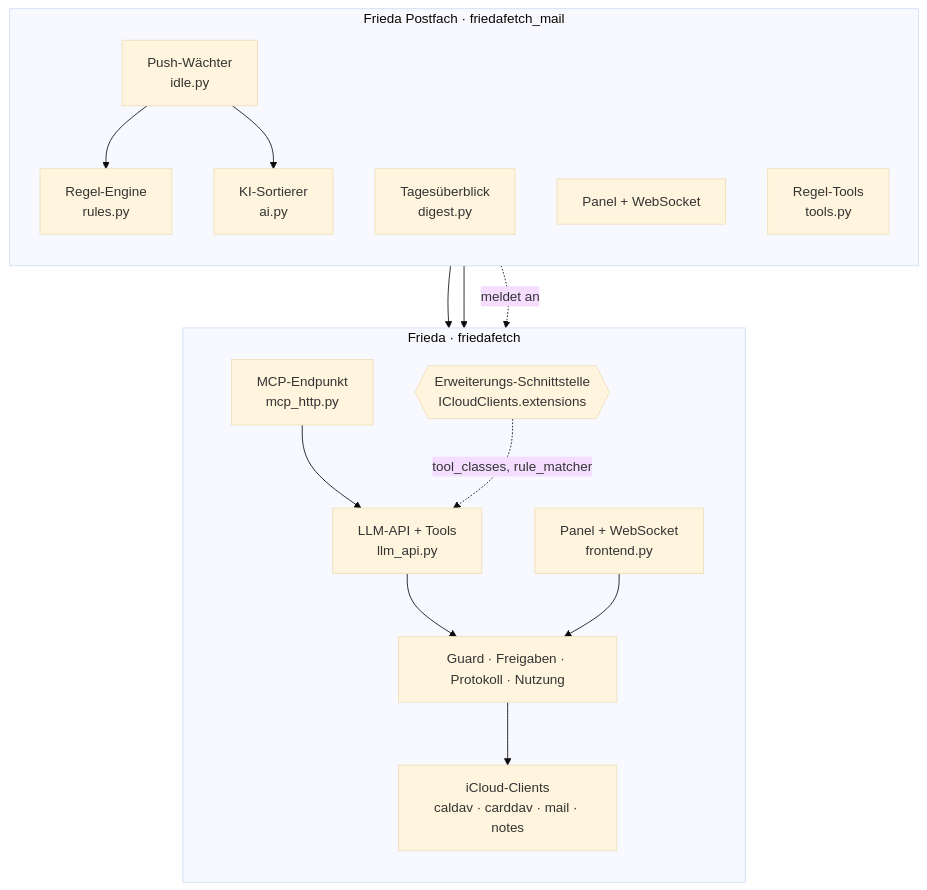
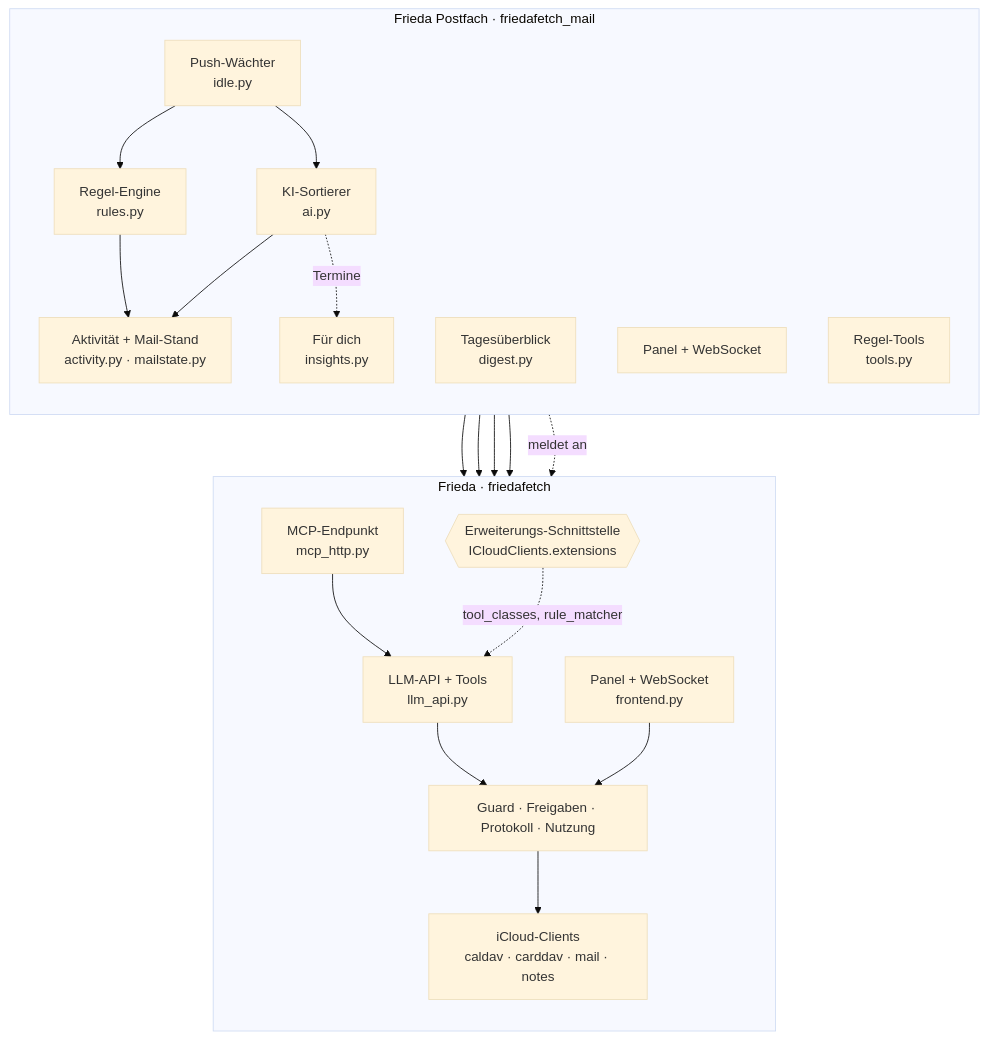
The second of 7 diagrams in docs/architecture.de.md (nadeo360/friedafetch), drawn with Mermaid (base theme) before and after one commit. The commit also changed other lines of this file and 1 other file, not shown here.

````diff
--- a/docs/architecture.de.md
+++ b/docs/architecture.de.md
@@ -143,29 +150,36 @@
 ```mermaid
 flowchart TB
   subgraph F[Frieda · friedafetch]
     direction TB
     api[LLM-API + Tools<br/>llm_api.py]
     mcp[MCP-Endpunkt<br/>mcp_http.py]
     clients[iCloud-Clients<br/>caldav · carddav · mail · notes]
     safety[Guard · Freigaben · Protokoll · Nutzung]
     ui1[Panel + WebSocket<br/>frontend.py]
     ext{{Erweiterungs-Schnittstelle<br/>ICloudClients.extensions}}
   end
   subgraph P[Frieda Postfach · friedafetch_mail]
     direction TB
     rules[Regel-Engine<br/>rules.py]
     idle[Push-Wächter<br/>idle.py]
     ai[KI-Sortierer<br/>ai.py]
+    act[Aktivität + Mail-Stand<br/>activity.py · mailstate.py]
+    fy[Für dich<br/>insights.py]
     digest[Tagesüberblick<br/>digest.py]
     ui2[Panel + WebSocket]
     tools2[Regel-Tools<br/>tools.py]
   end
   mcp --> api --> safety --> clients
   ui1 --> safety
   P -. meldet an .-> ext
   ext -. tool_classes, rule_matcher .-> api
   rules --> clients
   ai --> clients
   idle --> rules
   idle --> ai
+  rules --> act
+  ai --> act
+  act --> clients
+  fy --> clients
+  ai -. Termine .-> fy
 ```
````
